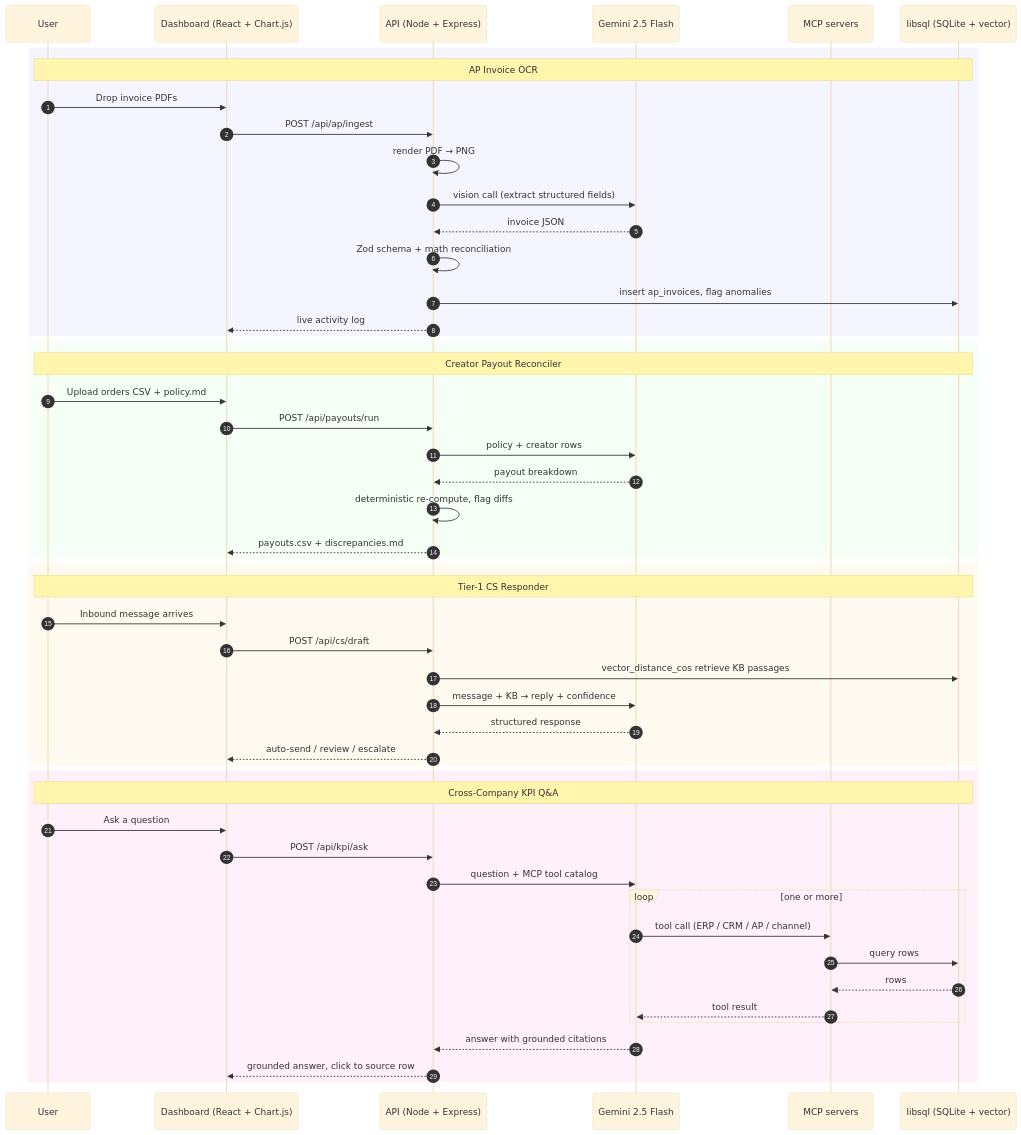
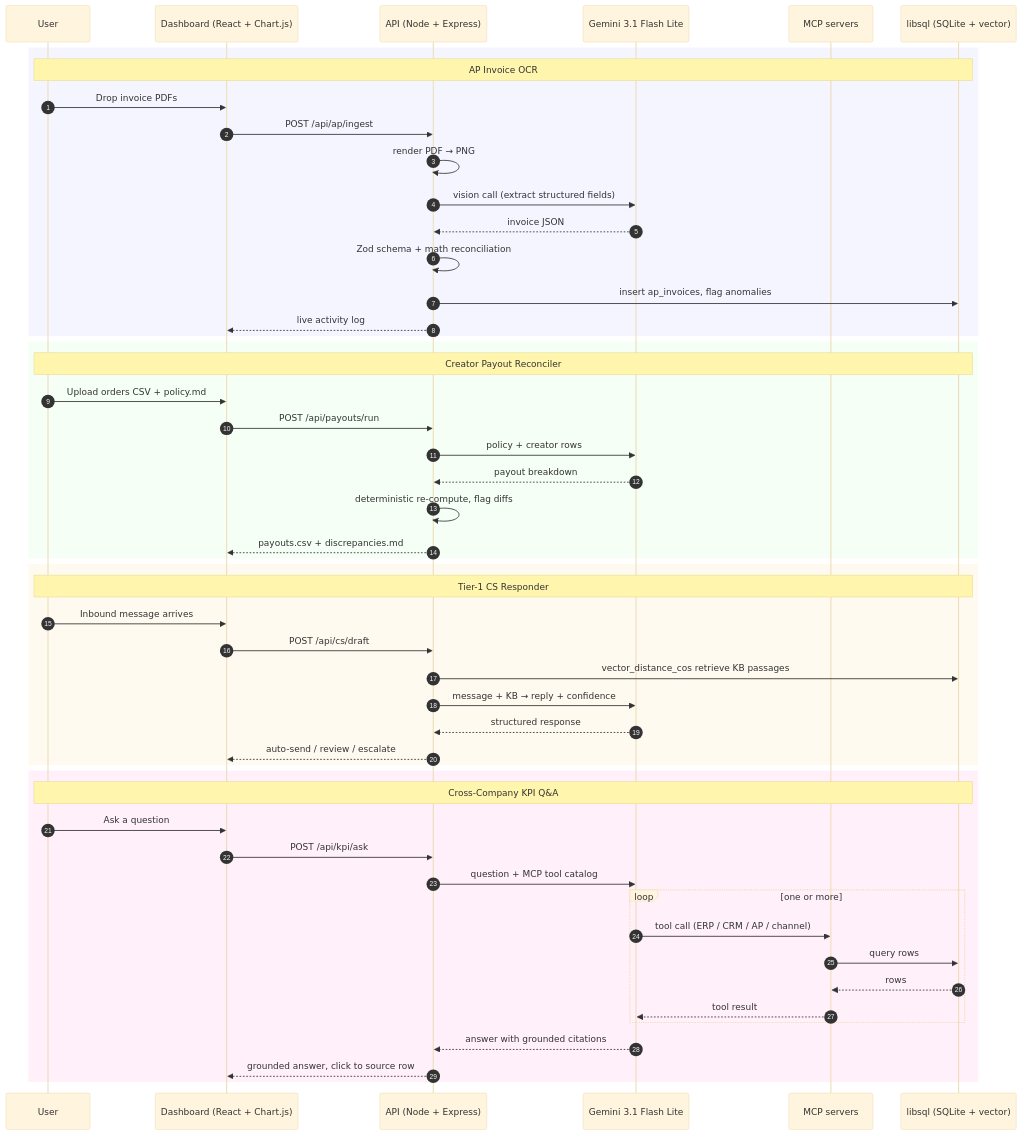
Before and after one commit to Builder106/helm: the diagram in README.md, drawn with Mermaid (base theme). The commit also changed other lines of this file and 11 other files, not shown here.

````diff
--- a/README.md
+++ b/README.md
@@ -34,57 +34,57 @@
 ```mermaid
 sequenceDiagram
     autonumber
     participant U as User
     participant D as Dashboard (React + Chart.js)
     participant API as API (Node + Express)
-    participant L as Gemini 2.5 Flash
+    participant L as Gemini 3.1 Flash Lite
     participant MCP as MCP servers
     participant DB as libsql (SQLite + vector)
 
     rect rgb(245, 245, 255)
     Note over U,DB: AP Invoice OCR
     U->>D: Drop invoice PDFs
     D->>API: POST /api/ap/ingest
     API->>API: render PDF → PNG
     API->>L: vision call (extract structured fields)
     L-->>API: invoice JSON
     API->>API: Zod schema + math reconciliation
     API->>DB: insert ap_invoices, flag anomalies
     API-->>D: live activity log
     end
 
     rect rgb(245, 255, 245)
     Note over U,DB: Creator Payout Reconciler
     U->>D: Upload orders CSV + policy.md
     D->>API: POST /api/payouts/run
     API->>L: policy + creator rows
     L-->>API: payout breakdown
     API->>API: deterministic re-compute, flag diffs
     API-->>D: payouts.csv + discrepancies.md
     end
 
     rect rgb(255, 250, 240)
     Note over U,DB: Tier-1 CS Responder
     U->>D: Inbound message arrives
     D->>API: POST /api/cs/draft
     API->>DB: vector_distance_cos retrieve KB passages
     API->>L: message + KB → reply + confidence
     L-->>API: structured response
     API-->>D: auto-send / review / escalate
     end
 
     rect rgb(255, 240, 250)
     Note over U,DB: Cross-Company KPI Q&A
     U->>D: Ask a question
     D->>API: POST /api/kpi/ask
     API->>L: question + MCP tool catalog
     loop one or more
         L->>MCP: tool call (ERP / CRM / AP / channel)
         MCP->>DB: query rows
         DB-->>MCP: rows
         MCP-->>L: tool result
     end
     L-->>API: answer with grounded citations
     API-->>D: grounded answer, click to source row
     end
 ```
````
